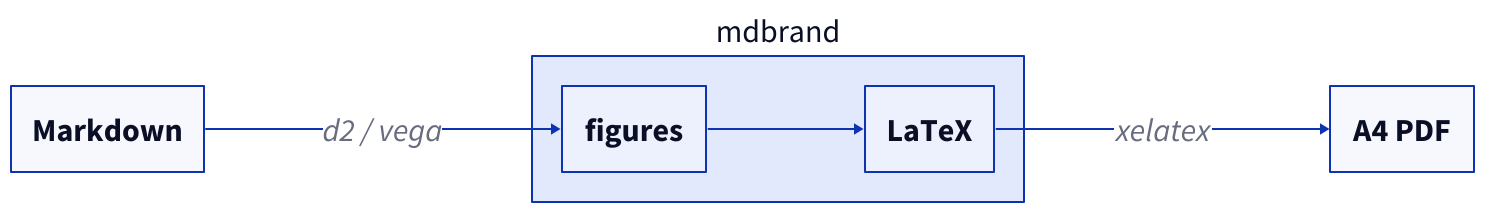
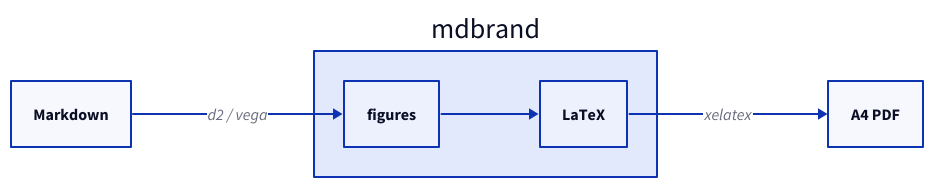
The diagram in examples/demo.md (carlosprados/mdbrand), drawn with D2 before and after one commit. The commit also changed other lines of this file and 13 other files, not shown here.

````diff
--- a/examples/demo.md
+++ b/examples/demo.md
@@ -32,14 +33,12 @@
 ```d2 caption="Where the pieces sit"
-**.style.font-size: 32
-(** -> **)[*].style.font-size: 32
 direction: right
 md: Markdown
 mb: mdbrand {
   figs: figures
   tex: LaTeX
 }
 pdf: A4 PDF
 md -> mb.figs: d2 / vega
 mb.figs -> mb.tex
 mb.tex -> pdf: xelatex
 ```
````
